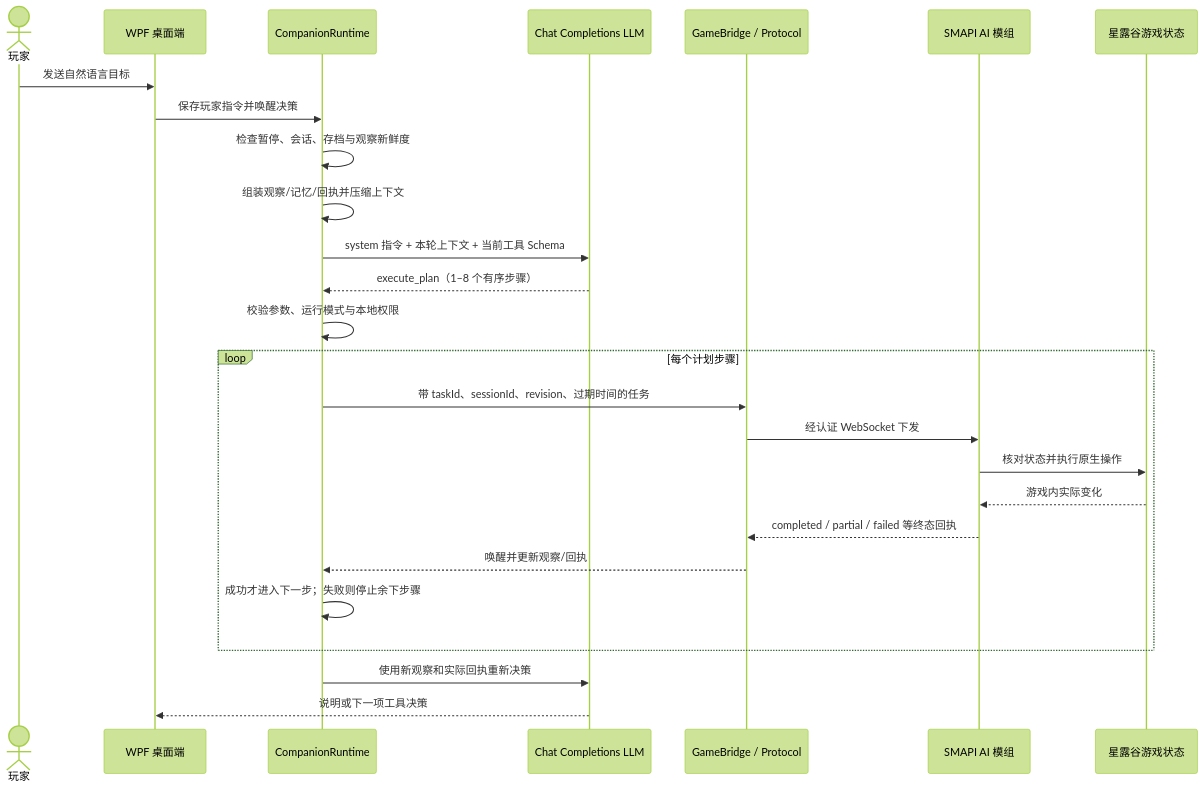
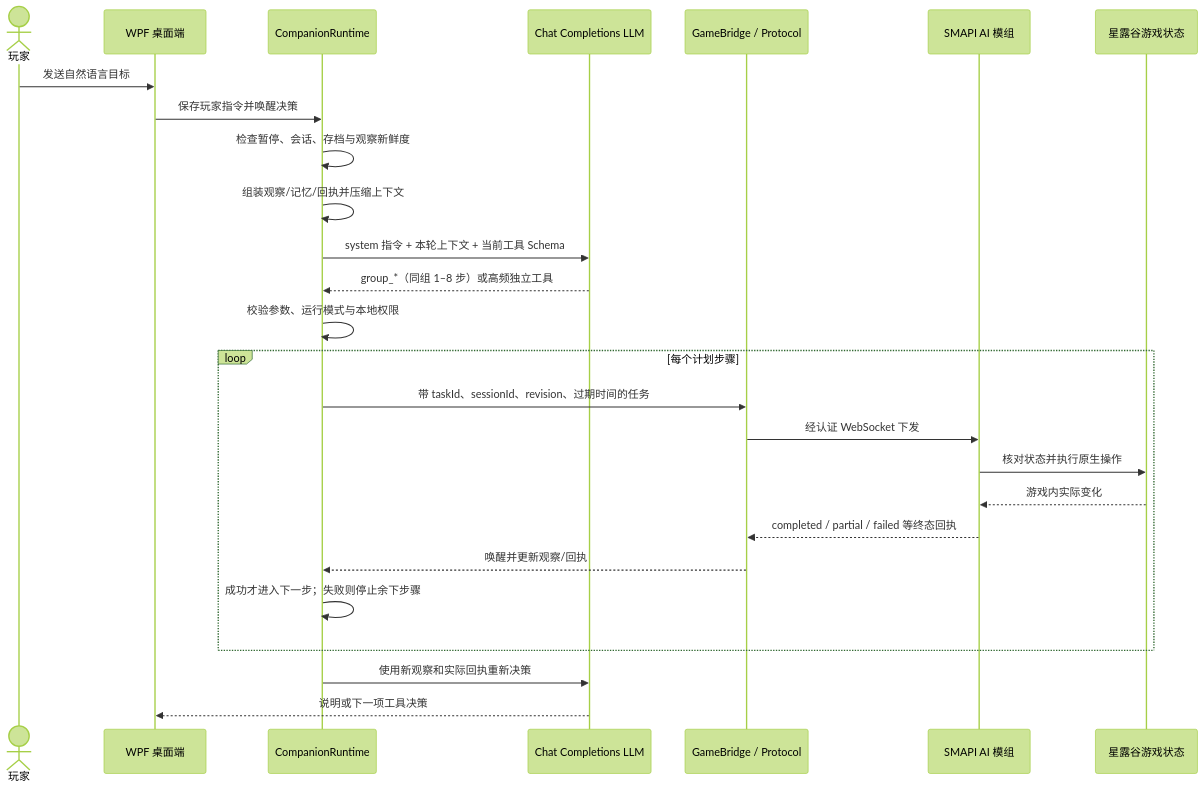
The diagram in README.md (niaofei/StardewCompanion), drawn with Mermaid (forest theme) before and after one commit. The commit also changed other lines of this file and 28 other files, not shown here.

````diff
--- a/README.md
+++ b/README.md
@@ -73,29 +73,29 @@
 ```mermaid
 sequenceDiagram
     actor P as 玩家
     participant UI as WPF 桌面端
     participant A as CompanionRuntime
     participant L as Chat Completions LLM
     participant B as GameBridge / Protocol
     participant M as SMAPI AI 模组
     participant G as 星露谷游戏状态
 
     P->>UI: 发送自然语言目标
     UI->>A: 保存玩家指令并唤醒决策
     A->>A: 检查暂停、会话、存档与观察新鲜度
     A->>A: 组装观察/记忆/回执并压缩上下文
     A->>L: system 指令 + 本轮上下文 + 当前工具 Schema
-    L-->>A: execute_plan（1–8 个有序步骤）
+    L-->>A: group_*（同组 1–8 步）或高频独立工具
     A->>A: 校验参数、运行模式与本地权限
     loop 每个计划步骤
         A->>B: 带 taskId、sessionId、revision、过期时间的任务
         B->>M: 经认证 WebSocket 下发
         M->>G: 核对状态并执行原生操作
         G-->>M: 游戏内实际变化
         M-->>B: completed / partial / failed 等终态回执
         B-->>A: 唤醒并更新观察/回执
         A->>A: 成功才进入下一步；失败则停止余下步骤
     end
     A->>L: 使用新观察和实际回执重新决策
     L-->>UI: 说明或下一项工具决策
 ```
````
